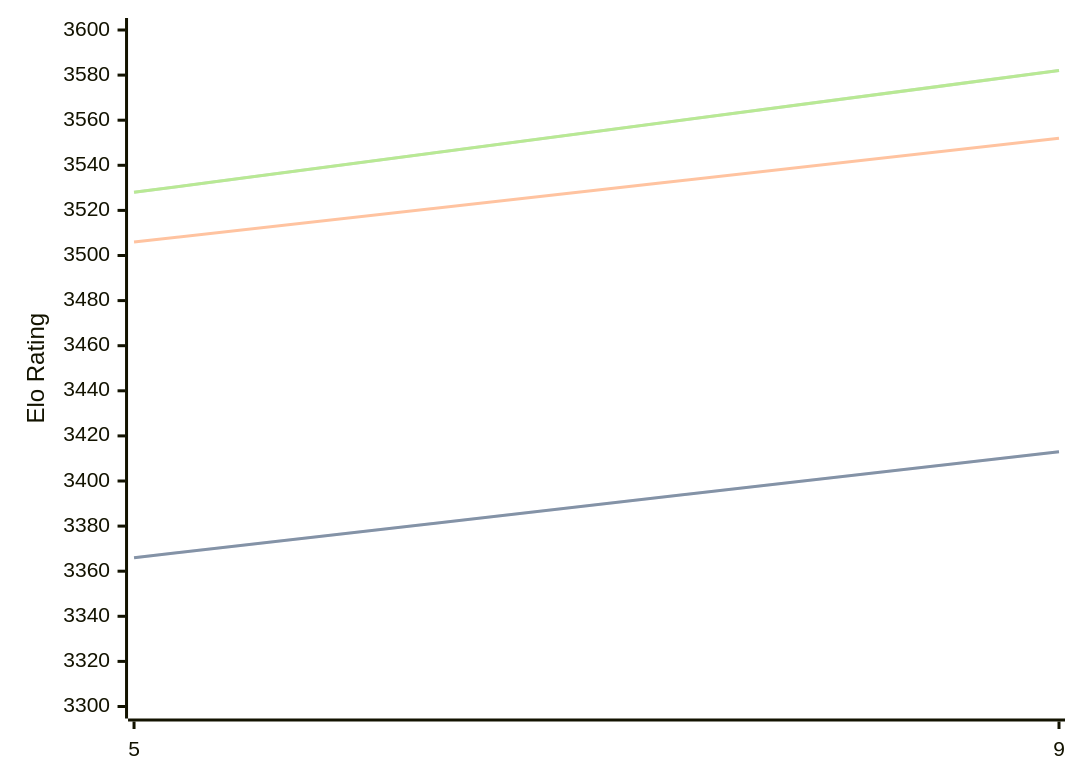
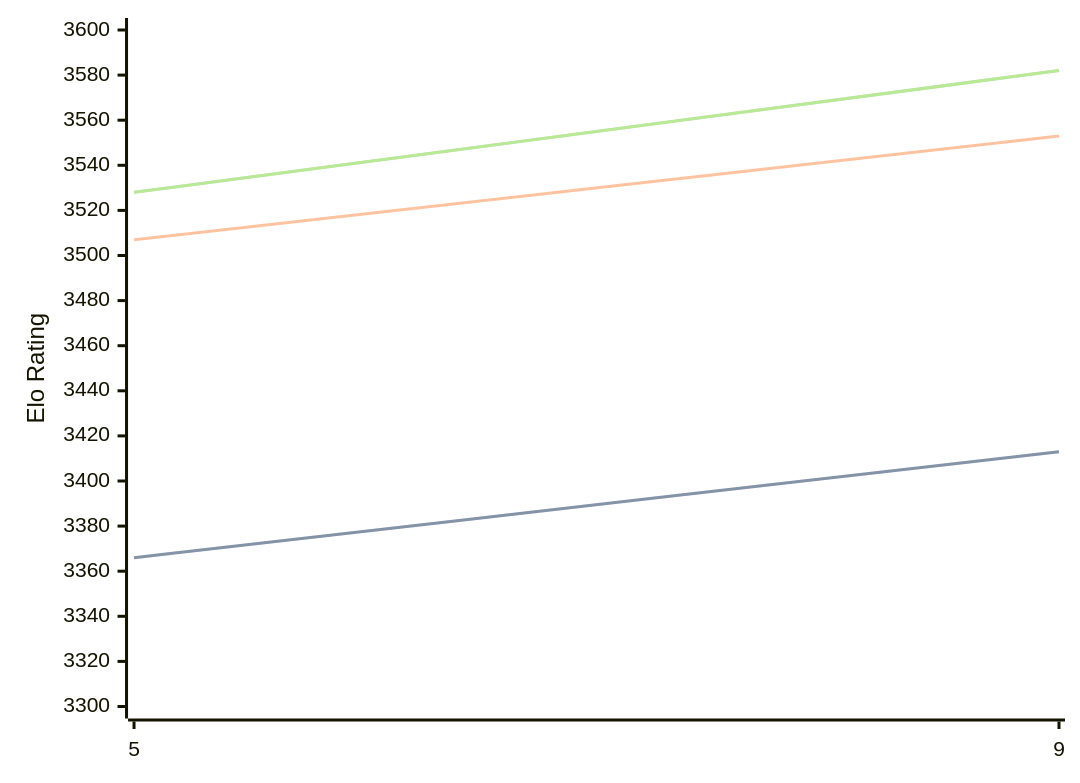
Before and after one commit to computer-chess-index/cci: the diagram in engines/Crystal.md, drawn with Mermaid. The commit also changed other lines of this file, not shown here.

````diff
--- a/engines/Crystal.md
+++ b/engines/Crystal.md
@@ -60,11 +60,11 @@
 ```mermaid
 %%{init: {"theme":"base","themeVariables":{"seriesColors:['#a3a3a3','#222221','#faa371']}}}%%
 xychart-beta
   x-axis ["5", "9"]
   y-axis "Elo Rating" 3300 --> 3600
   line "STC (8.0+0.08s)" [3366, 3413]
   line "STC (8.0+0.08s)" [3366, 3413]
-  line "LTC (60.0+0.60s)" [3506, 3552]
+  line "LTC (60.0+0.60s)" [3507, 3553]
   line "VLTC (2m24s+1.12s)" [3528, 3582]
   line "VLTC (2m24s+1.12s)" [3528, 3582]
 ```
````
